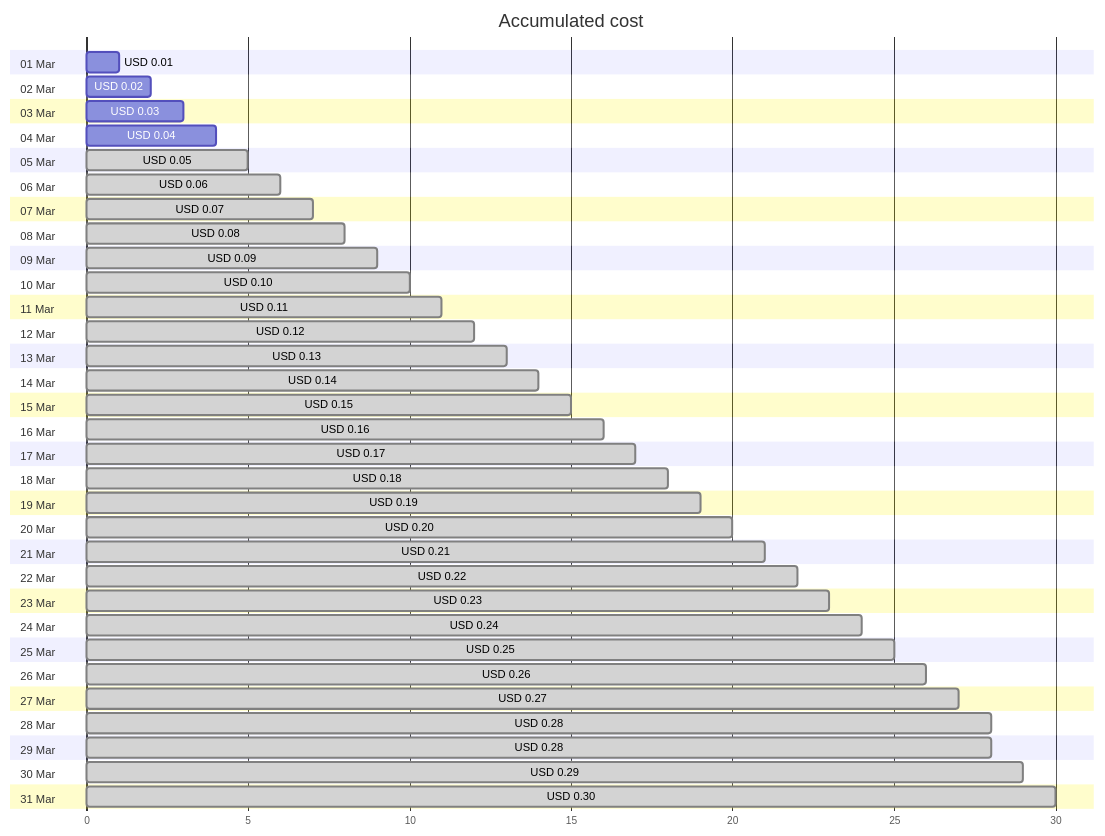
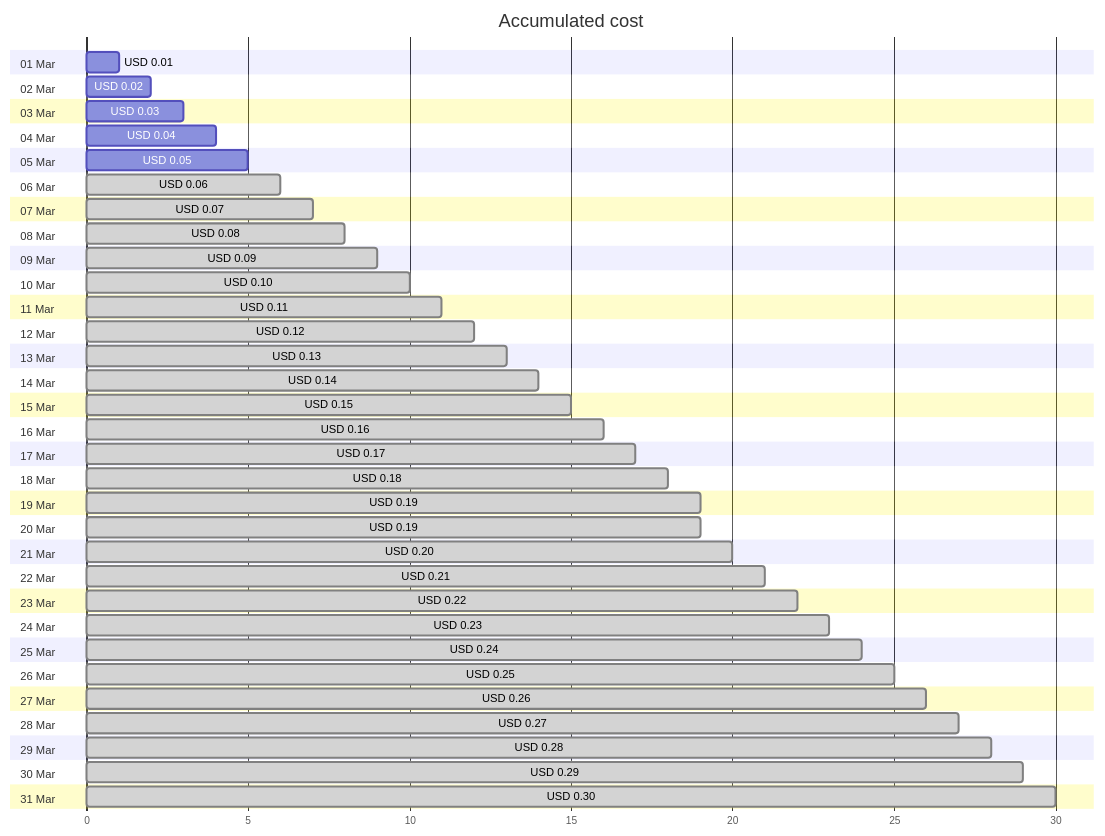
One commit to jpfulton/azure-personal-reports changed the first of 4 diagrams in cost-reports/cloud-shell-storage-eastus/README.md. Above: the diagram before and after it, drawn with Mermaid. The commit also changed other lines of this file and 1 other file, not shown here.

````diff
--- a/cost-reports/cloud-shell-storage-eastus/README.md
+++ b/cost-reports/cloud-shell-storage-eastus/README.md
@@ -20,68 +20,68 @@
 ```mermaid
 gantt
    title Accumulated cost
    dateFormat  X
    axisFormat %s
    section 01 Mar
    USD 0.01 :0, 1
    section 02 Mar
    USD 0.02 :0, 2
    section 03 Mar
    USD 0.03 :0, 3
    section 04 Mar
    USD 0.04 :0, 4
    section 05 Mar
-   USD 0.05 : done, 0, 5
+   USD 0.05 :0, 5
    section 06 Mar
    USD 0.06 : done, 0, 6
    section 07 Mar
    USD 0.07 : done, 0, 7
    section 08 Mar
    USD 0.08 : done, 0, 8
    section 09 Mar
    USD 0.09 : done, 0, 9
    section 10 Mar
    USD 0.10 : done, 0, 10
    section 11 Mar
    USD 0.11 : done, 0, 11
    section 12 Mar
    USD 0.12 : done, 0, 12
    section 13 Mar
    USD 0.13 : done, 0, 13
    section 14 Mar
    USD 0.14 : done, 0, 14
    section 15 Mar
    USD 0.15 : done, 0, 15
    section 16 Mar
    USD 0.16 : done, 0, 16
    section 17 Mar
    USD 0.17 : done, 0, 17
    section 18 Mar
    USD 0.18 : done, 0, 18
    section 19 Mar
    USD 0.19 : done, 0, 19
    section 20 Mar
+   USD 0.19 : done, 0, 19
+   section 21 Mar
    USD 0.20 : done, 0, 20
-   section 21 Mar
+   section 22 Mar
    USD 0.21 : done, 0, 21
-   section 22 Mar
+   section 23 Mar
    USD 0.22 : done, 0, 22
-   section 23 Mar
+   section 24 Mar
    USD 0.23 : done, 0, 23
-   section 24 Mar
+   section 25 Mar
    USD 0.24 : done, 0, 24
-   section 25 Mar
+   section 26 Mar
    USD 0.25 : done, 0, 25
-   section 26 Mar
+   section 27 Mar
    USD 0.26 : done, 0, 26
-   section 27 Mar
+   section 28 Mar
    USD 0.27 : done, 0, 27
-   section 28 Mar
-   USD 0.28 : done, 0, 28
    section 29 Mar
    USD 0.28 : done, 0, 28
    section 30 Mar
    USD 0.29 : done, 0, 29
    section 31 Mar
    USD 0.30 : done, 0, 30
 ```
````
